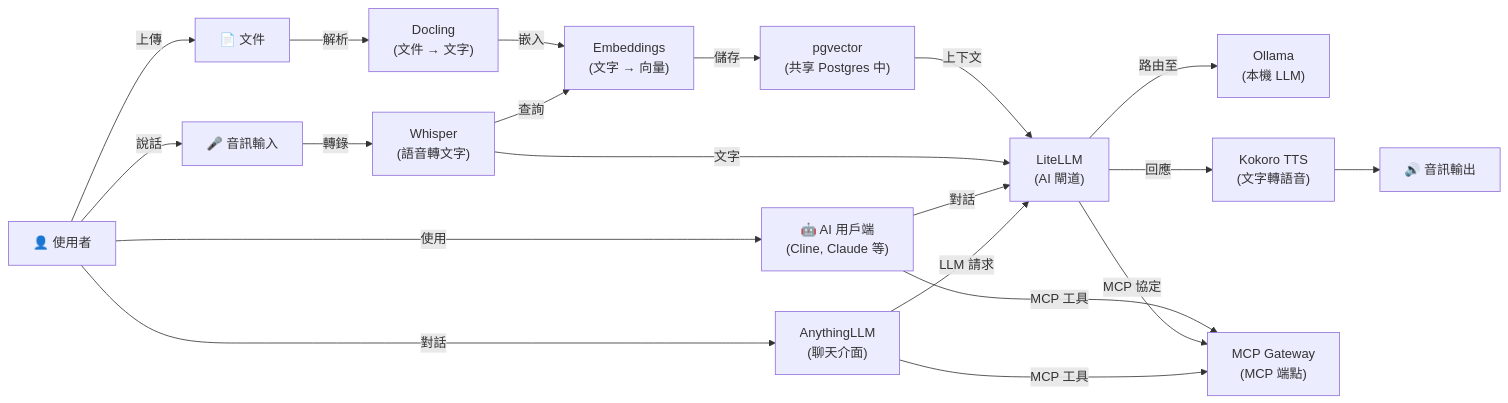
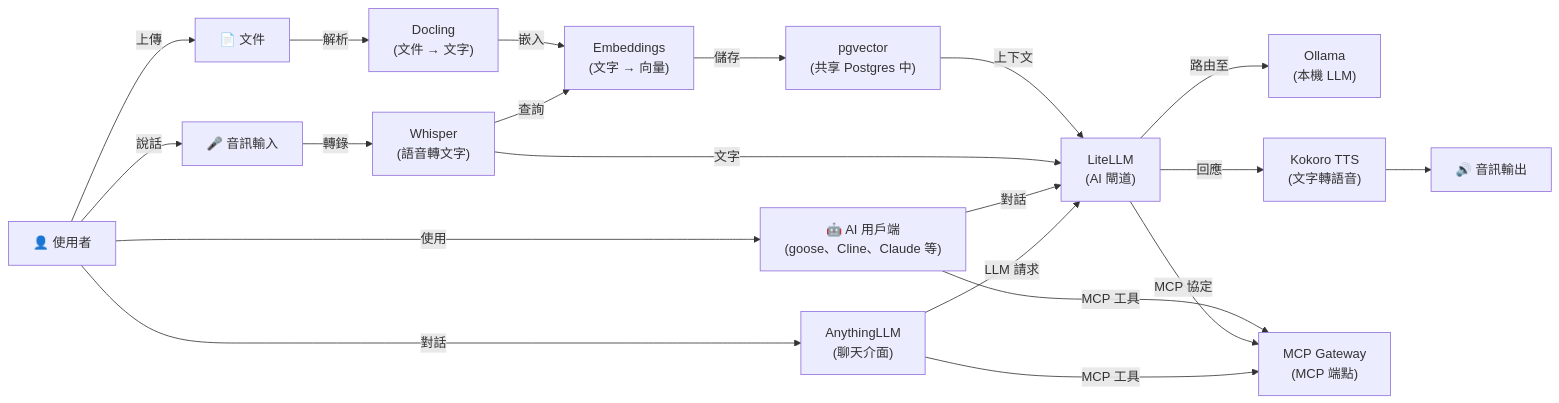
One commit to hwdsl2/self-hosted-ai-stack changed the diagram in README-zh-Hant.md. Above: the diagram before and after it, drawn with Mermaid. The commit also changed other lines of this file and 12 other files, not shown here.

````diff
--- a/README-zh-Hant.md
+++ b/README-zh-Hant.md
@@ -185,22 +190,22 @@
 ```mermaid
 graph LR
     A["🎤 音訊輸入"] -->|轉錄| W["Whisper<br/>(語音轉文字)"]
     D["📄 文件"] -->|解析| DC["Docling<br/>(文件 → 文字)"]
     DC -->|嵌入| E["Embeddings<br/>(文字 → 向量)"]
     E -->|儲存| VDB["pgvector<br/>(共享 Postgres 中)"]
     W -->|查詢| E
     VDB -->|上下文| L["LiteLLM<br/>(AI 閘道)"]
     W -->|文字| L
     L -->|路由至| O["Ollama<br/>(本機 LLM)"]
     L -->|回應| T["Kokoro TTS<br/>(文字轉語音)"]
     T --> B["🔊 音訊輸出"]
-    C["🤖 AI 用戶端<br/>(Cline, Claude 等)"] -->|MCP 工具| M["MCP Gateway<br/>(MCP 端點)"]
+    C["🤖 AI 用戶端<br/>(goose、Cline、Claude 等)"] -->|MCP 工具| M["MCP Gateway<br/>(MCP 端點)"]
     C -->|對話| L
     L -->|MCP 協定| M
     U["👤 使用者"] -->|對話| AN["AnythingLLM<br/>(聊天介面)"]
     AN -->|LLM 請求| L
     AN -->|MCP 工具| M
     U -->|使用| C
     U -->|說話| A
     U -->|上傳| D
 ```
````
